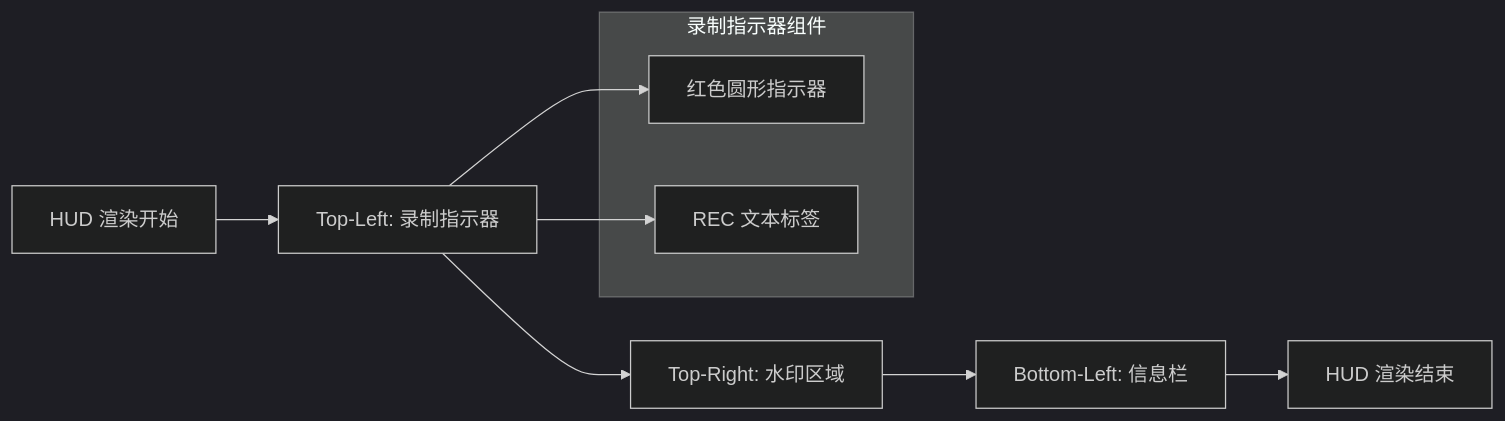
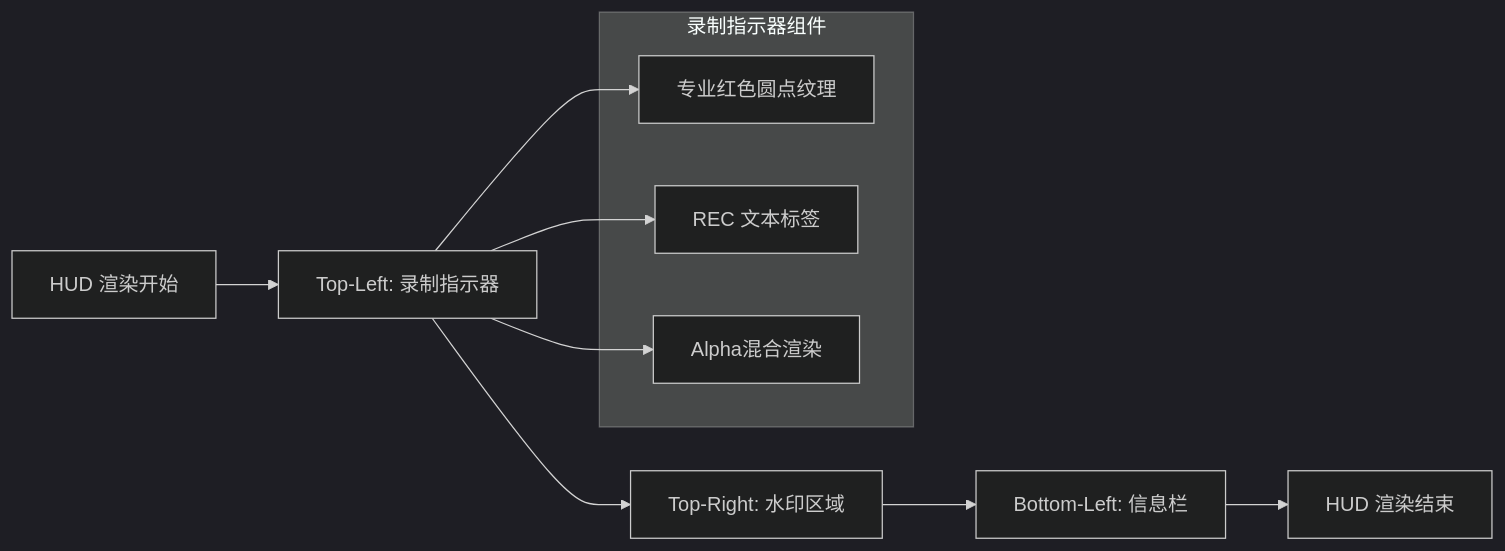
One commit to Manager20211/AxonBodyCam2 changed the fourth of 6 diagrams in .qoder/repowiki/zh/content/核心功能/录制指示器功能.md. Above: the diagram before and after it, drawn with Mermaid (dark theme). The commit also changed other lines of this file and 11 other files, not shown here.

````diff
--- a/.qoder/repowiki/zh/content/核心功能/录制指示器功能.md
+++ b/.qoder/repowiki/zh/content/核心功能/录制指示器功能.md
@@ -222,13 +196,15 @@
 ```mermaid
 graph LR
 A[HUD 渲染开始] --> B[Top-Left: 录制指示器]
 B --> C[Top-Right: 水印区域]
 C --> D[Bottom-Left: 信息栏]
 D --> E[HUD 渲染结束]
 subgraph "录制指示器组件"
-F[红色圆形指示器]
+F[专业红色圆点纹理]
 G["REC" 文本标签]
+H[Alpha混合渲染]
 end
 B --> F
 B --> G
+B --> H
 ```
````
